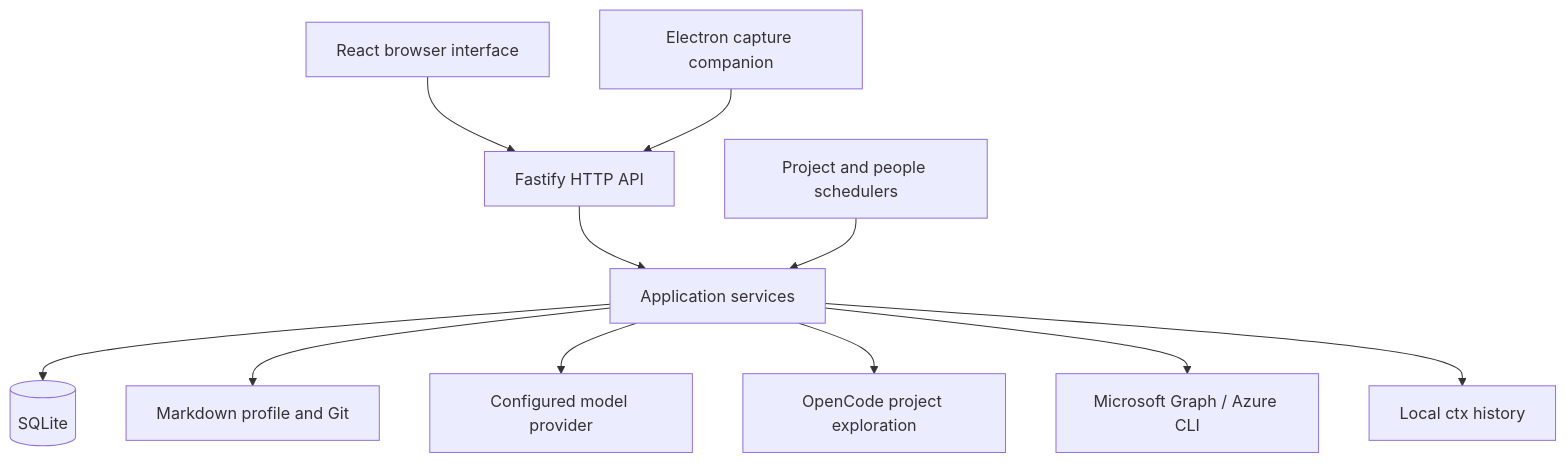
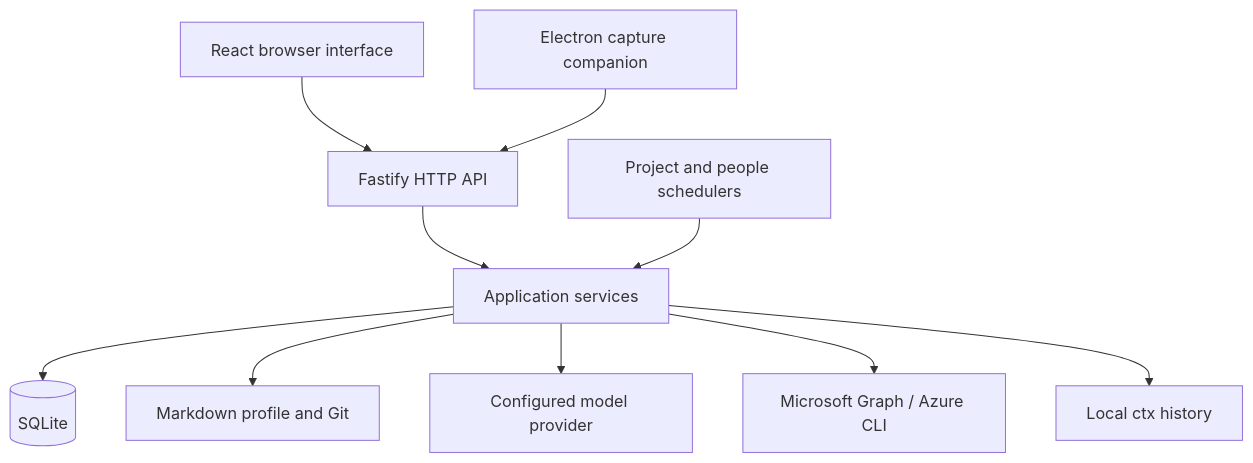
The diagram in docs/architecture.md (UrsLange/panopticon), drawn with Mermaid before and after one commit. The commit also changed other lines of this file and 21 other files, not shown here.

````diff
--- a/docs/architecture.md
+++ b/docs/architecture.md
@@ -7,13 +7,12 @@
 ```mermaid
 flowchart TD
     Browser[React browser interface] --> HTTP[Fastify HTTP API]
     Desktop[Electron capture companion] --> HTTP
     HTTP --> Core[Application services]
     Schedulers[Project and people schedulers] --> Core
     Core --> SQLite[(SQLite)]
     Core --> Profile[Markdown profile and Git]
     Core --> Model[Configured model provider]
-    Core --> OpenCode[OpenCode project exploration]
     Core --> Graph[Microsoft Graph / Azure CLI]
     Core --> CTX[Local ctx history]
 ```
````
